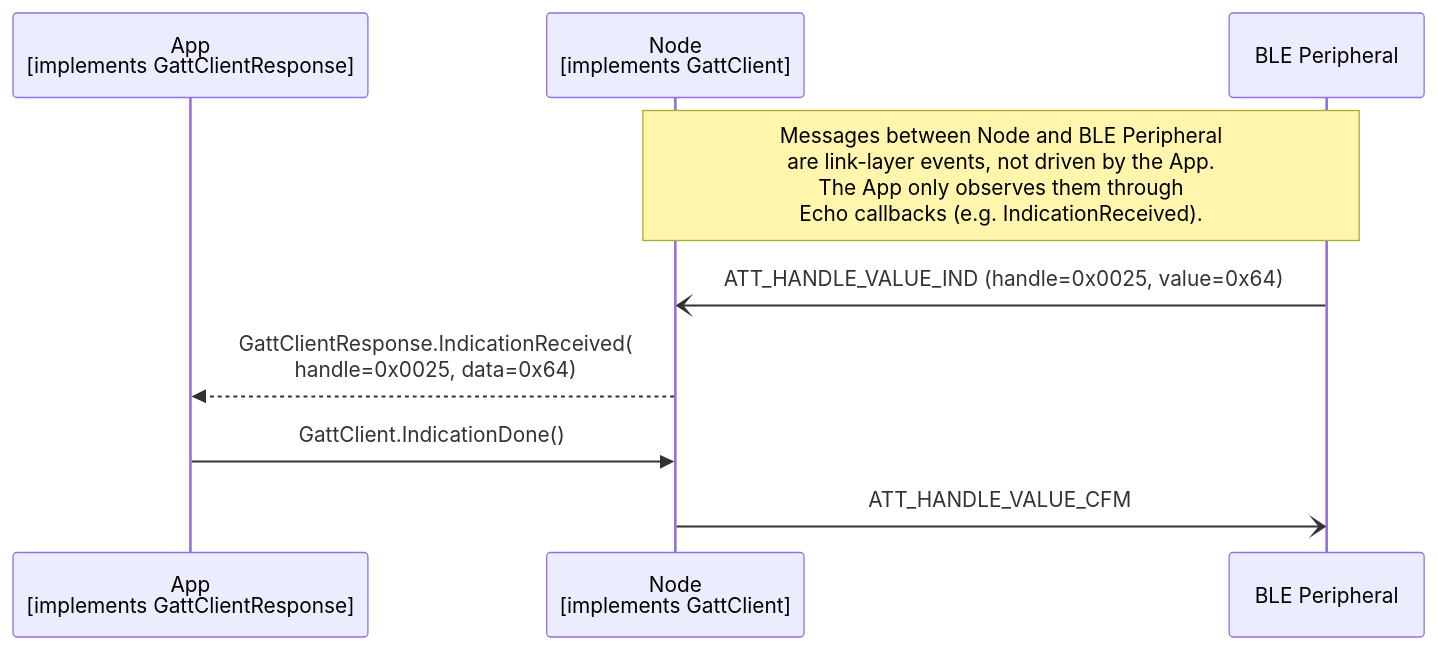
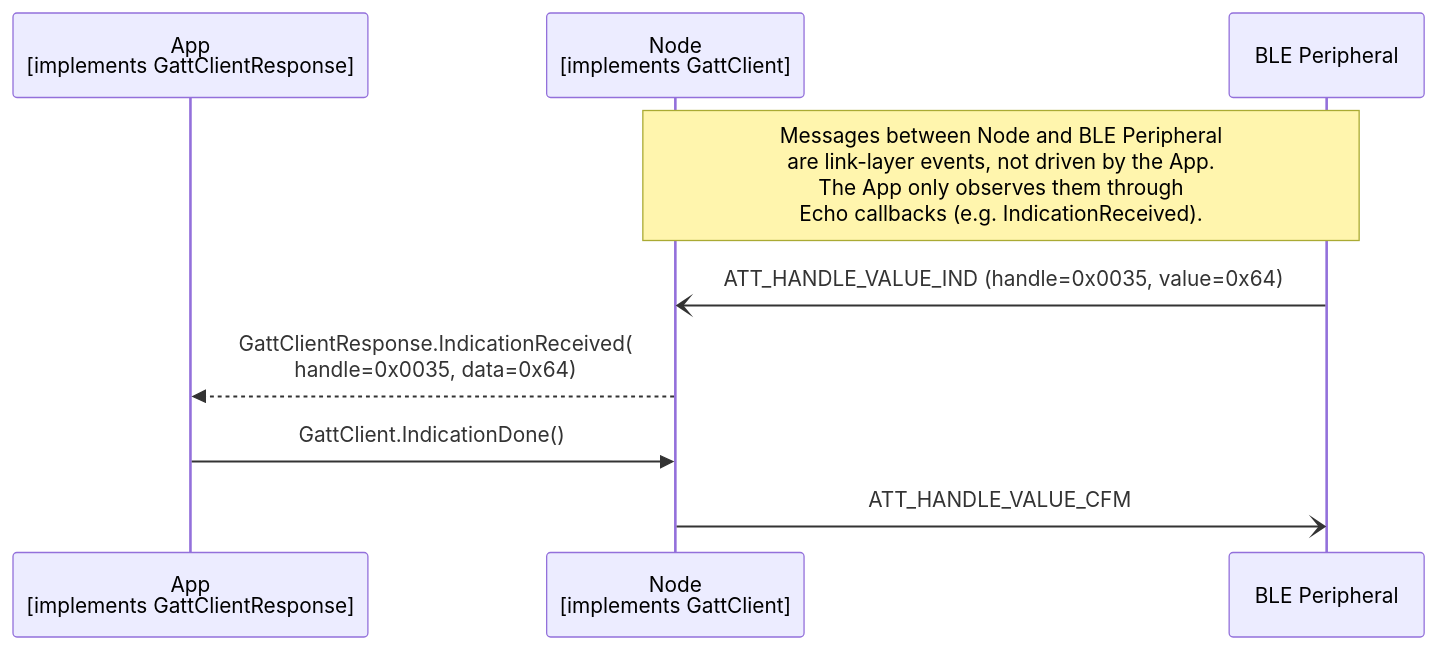
One commit to philips-software/amp-embedded-infra-lib changed the diagram in documents/modules/ROOT/partials/echoservices/gatt_client/GattClient_IndicationDone_sequence.mmd. Above: the diagram before and after it, drawn with Mermaid. The commit also changed 6 other files, not shown here.

```diff
--- a/documents/modules/ROOT/partials/echoservices/gatt_client/GattClient_IndicationDone_sequence.mmd
+++ b/documents/modules/ROOT/partials/echoservices/gatt_client/GattClient_IndicationDone_sequence.mmd
@@ -1,11 +1,11 @@
 sequenceDiagram
     participant App as App<br>[implements GattClientResponse]
     participant Node as Node<br>[implements GattClient]
     participant Peripheral as BLE Peripheral
 
     Note over Node, Peripheral: Messages between Node and BLE Peripheral<br>are link-layer events, not driven by the App.<br>The App only observes them through<br>Echo callbacks (e.g. IndicationReceived).
 
-    Peripheral-)Node: ATT_HANDLE_VALUE_IND (handle=0x0025, value=0x64)
-    Node-->>App: GattClientResponse.IndicationReceived(<br>handle=0x0025, data=0x64)
+    Peripheral-)Node: ATT_HANDLE_VALUE_IND (handle=0x0035, value=0x64)
+    Node-->>App: GattClientResponse.IndicationReceived(<br>handle=0x0035, data=0x64)
     App->>Node: GattClient.IndicationDone()
     Node-)Peripheral: ATT_HANDLE_VALUE_CFM
```
